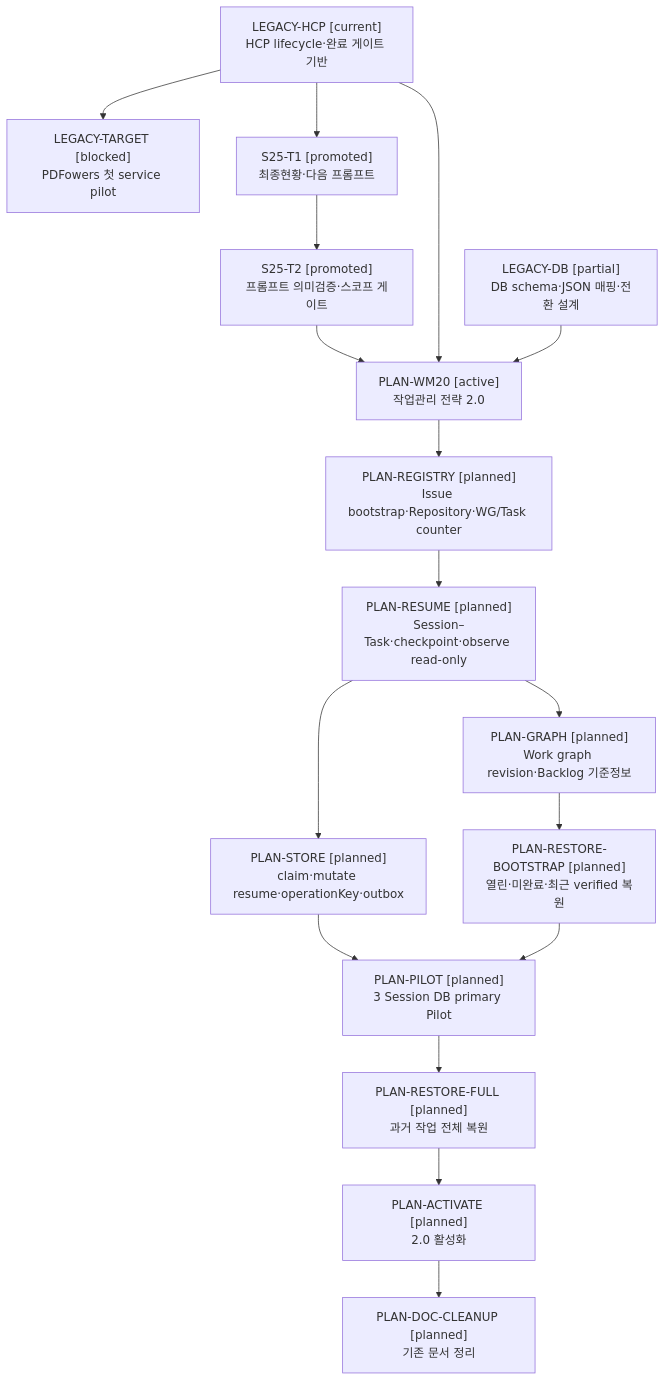
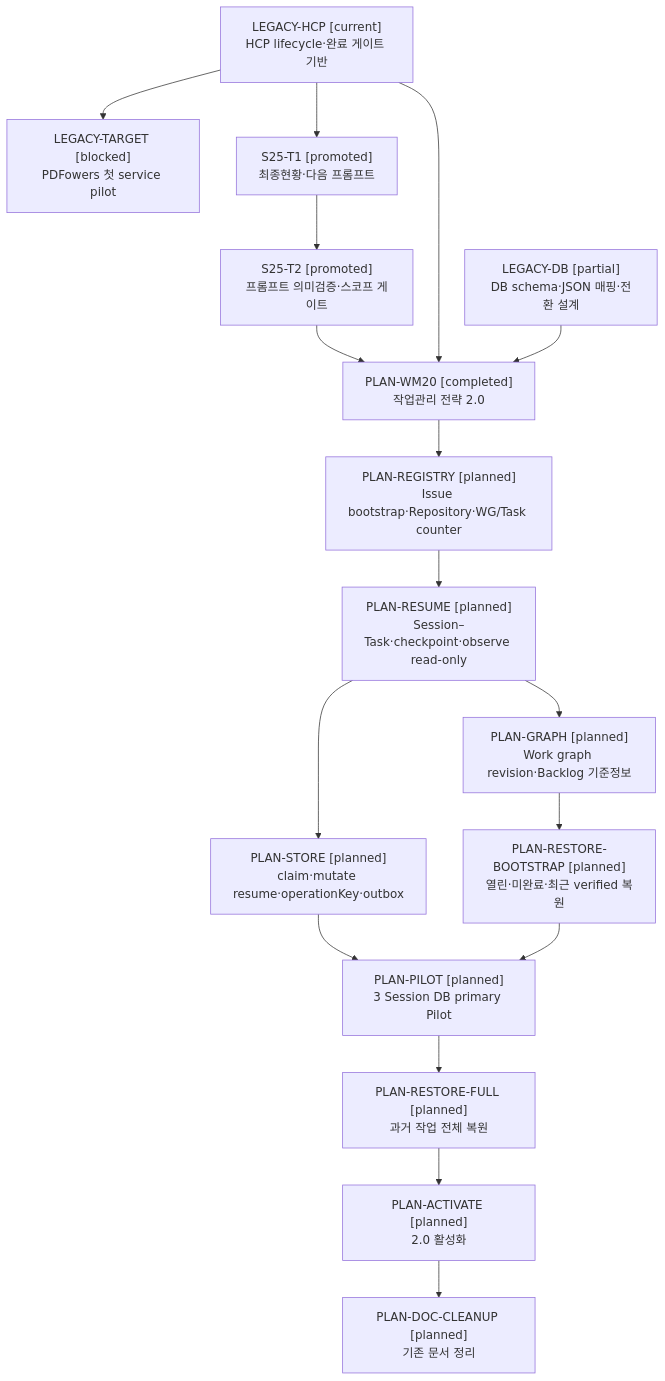
The diagram in docs/07.로드맵/RDM-005_프로젝트_작업그래프.md (jkoogit/jkadh), drawn with Mermaid before and after one commit. The commit also changed other lines of this file and 2 other files, not shown here.

````diff
--- a/docs/07.로드맵/RDM-005_프로젝트_작업그래프.md
+++ b/docs/07.로드맵/RDM-005_프로젝트_작업그래프.md
@@ -94,35 +94,35 @@
 ```mermaid
 flowchart TD
   HCP["LEGACY-HCP [current]\nHCP lifecycle·완료 게이트 기반"]
   DB["LEGACY-DB [partial]\nDB schema·JSON 매핑·전환 설계"]
   TARGET["LEGACY-TARGET [blocked]\nPDFowers 첫 service pilot"]
   S25A["S25-T1 [promoted]\n최종현황·다음 프롬프트"]
   S25B["S25-T2 [promoted]\n프롬프트 의미검증·스코프 게이트"]
-  WM20["PLAN-WM20 [active]\n작업관리 전략 2.0"]
+  WM20["PLAN-WM20 [completed]\n작업관리 전략 2.0"]
   REG["PLAN-REGISTRY [planned]\nIssue bootstrap·Repository·WG/Task counter"]
   RESUME["PLAN-RESUME [planned]\nSession–Task·checkpoint·observe read-only"]
   GRAPH["PLAN-GRAPH [planned]\nWork graph revision·Backlog 기준정보"]
   STORE["PLAN-STORE [planned]\nclaim·mutate resume·operationKey·outbox"]
   BOOT["PLAN-RESTORE-BOOTSTRAP [planned]\n열린·미완료·최근 verified 복원"]
   PILOT["PLAN-PILOT [planned]\n3 Session DB primary Pilot"]
   RESTORE["PLAN-RESTORE-FULL [planned]\n과거 작업 전체 복원"]
   ACTIVE["PLAN-ACTIVATE [planned]\n2.0 활성화"]
   DOCS["PLAN-DOC-CLEANUP [planned]\n기존 문서 정리"]
 
   HCP --> S25A
   S25A --> S25B
   S25B --> WM20
   HCP --> WM20
   DB --> WM20
   WM20 --> REG
   REG --> RESUME
   RESUME --> GRAPH
   RESUME --> STORE
   GRAPH --> BOOT
   STORE --> PILOT
   BOOT --> PILOT
   PILOT --> RESTORE
   RESTORE --> ACTIVE
   ACTIVE --> DOCS
   HCP --> TARGET
 ```
````
